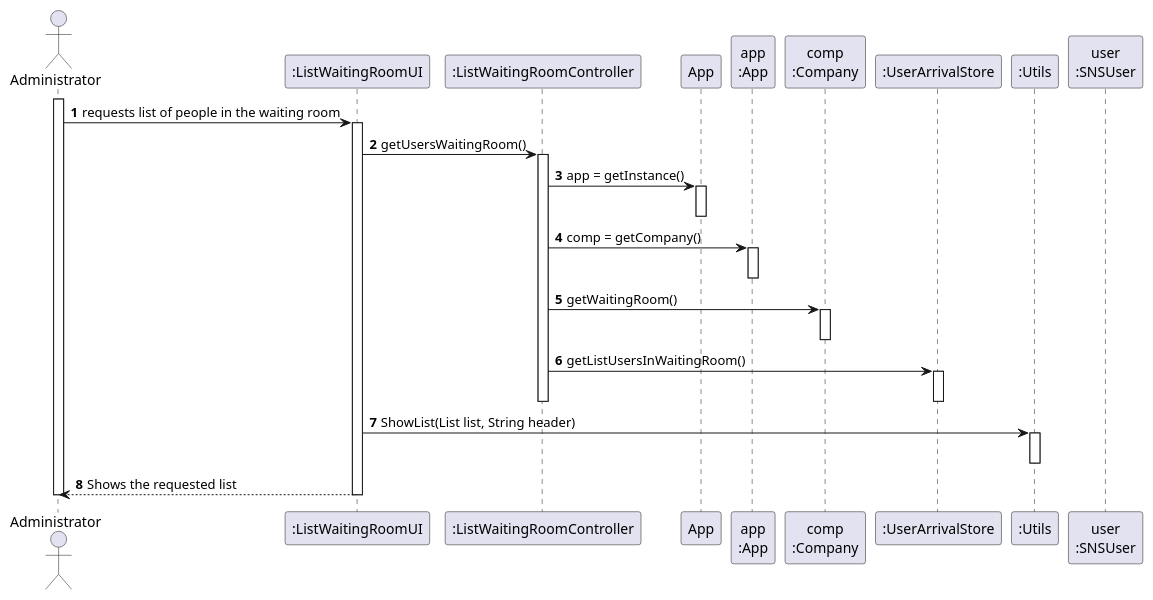
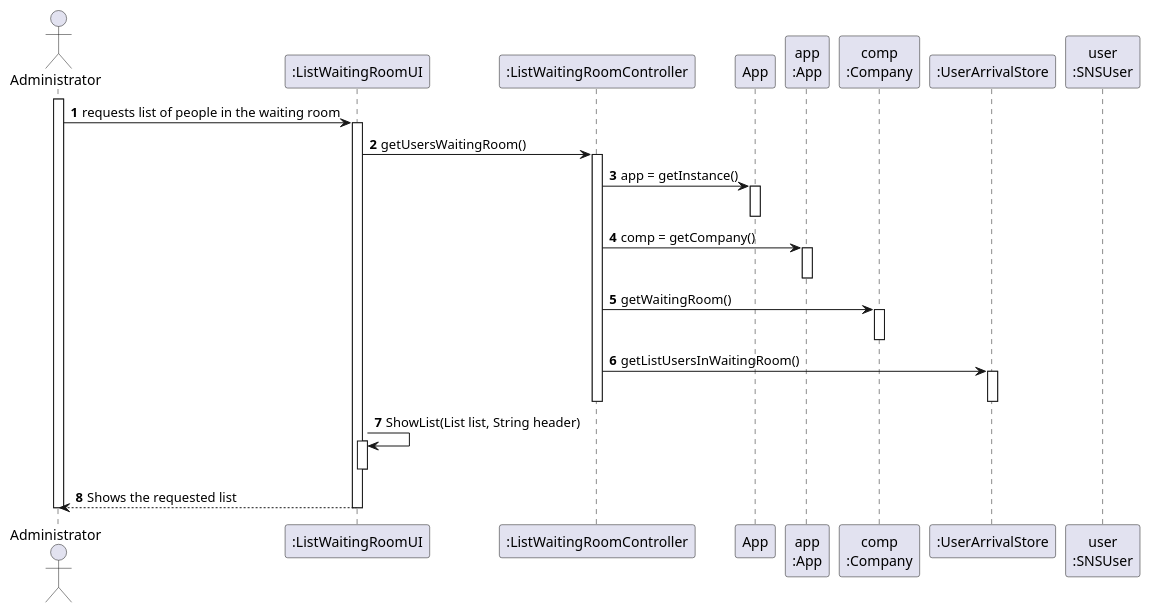
One commit to diogonapoles/isep-lapr2 changed the diagram in docs/SprintC/US5/US5_SD.puml. Above: the diagram before and after it, drawn with PlantUML. The commit also changed 6 other files, not shown here.

```diff
--- a/docs/SprintC/US5/US5_SD.puml
+++ b/docs/SprintC/US5/US5_SD.puml
@@ -1,47 +1,46 @@
 @startuml
 autonumber
 'hide footbox
 actor "Administrator" as ADM
 
 participant ":ListWaitingRoomUI" as UI
 participant ":ListWaitingRoomController" as CTRL
 participant "App" as _APP
 participant "app\n:App" as APP
 participant "comp\n:Company" as COMP
 participant ":UserArrivalStore" as UA
-participant ":Utils" as U
 participant "user\n:SNSUser" as SU
 
 
 
 activate ADM
 ADM -> UI : requests list of people in the waiting room
 activate UI
 UI -> CTRL : getUsersWaitingRoom()
 activate CTRL
 CTRL -> _APP : app = getInstance()
 activate _APP
 deactivate _APP
 CTRL -> APP : comp = getCompany()
 activate APP
 deactivate APP
 CTRL -> COMP : getWaitingRoom()
 activate COMP
 deactivate COMP
 CTRL -> UA : getListUsersInWaitingRoom()
 activate UA
 deactivate UA
 deactivate CTRL
-UI -> U : ShowList(List list, String header)
-activate U
-deactivate U
+UI -> UI : ShowList(List list, String header)
+activate UI
+deactivate UI
 
 UI --> ADM : Shows the requested list
 deactivate UI
 deactivate ADM
 
 
 
 
 
 @enduml
```
